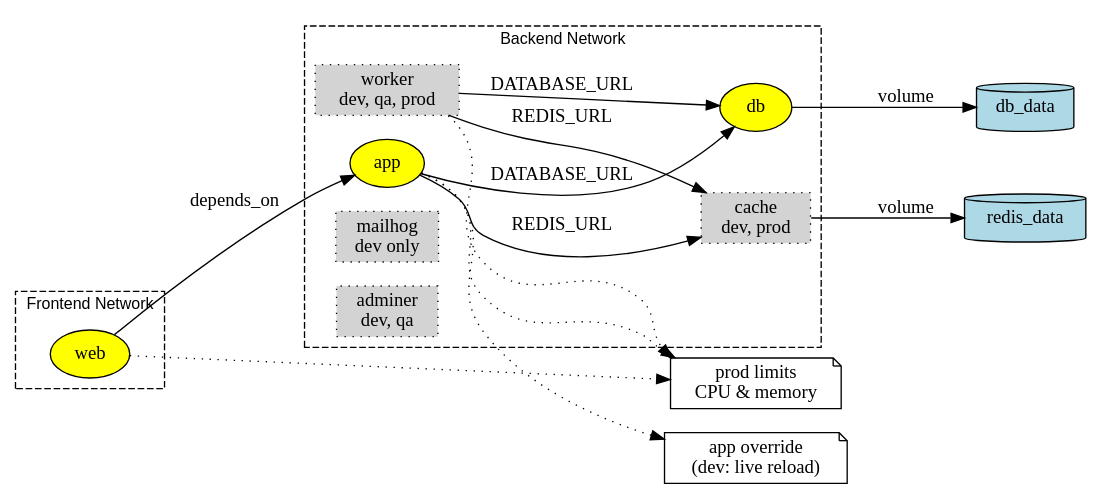
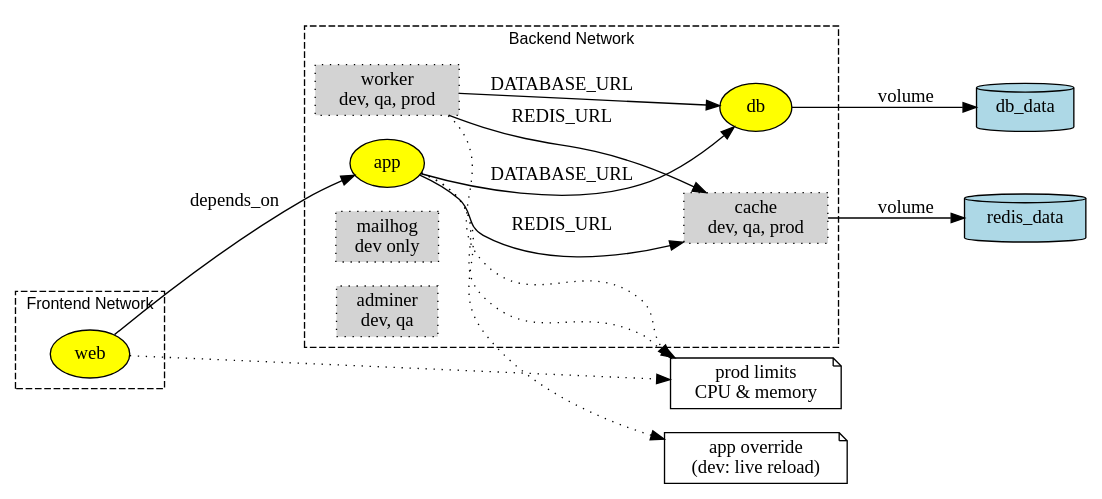
Before and after one commit to purduecyan/CNIT481-CCI: the first of 5 diagrams in docs/source/labs/docker-compose.rst, drawn with Graphviz. The commit also changed other lines of this file, not shown here.

```diff
--- a/docs/source/labs/docker-compose.rst
+++ b/docs/source/labs/docker-compose.rst
@@ -398,55 +521,55 @@
 .. graphviz::
     :caption: Overall Architecture with Profiles
     :align: center
 
     digraph compose_architecture {
       rankdir=LR;
       fontsize=12;
       fontname="Arial";
 
       // Networks
       subgraph cluster_frontend {
         label="Frontend Network";
         style=dashed;
         web [shape=oval, style=filled, fillcolor=yellow];
       }
 
       subgraph cluster_backend {
         label="Backend Network";
         style=dashed;
         app [shape=oval, style=filled, fillcolor=yellow];
         db [shape=oval, style=filled, fillcolor=yellow];
         cache;
         worker;
         mailhog;
         adminer;
       }
 
       // Volumes
       db_data [shape=cylinder, label="db_data", fillcolor=lightblue, style=filled];
       redis_data [shape=cylinder, label="redis_data", fillcolor=lightblue, style=filled];
 
       // Services
       web -> app [label="depends_on"];
       app -> db [label="DATABASE_URL"];
       app -> cache [label="REDIS_URL"];
       worker -> db [label="DATABASE_URL"];
       worker -> cache [label="REDIS_URL"];
       db -> db_data [label="volume"];
       cache -> redis_data [label="volume"];
 
       // Profiles
       mailhog [shape=box, style="filled,dotted", fillcolor=lightgrey, label="mailhog\ndev only"];
       adminer [shape=box, style="filled,dotted", fillcolor=lightgrey, label="adminer\ndev, qa"];
       worker [shape=box, style="filled,dotted", fillcolor=lightgrey, label="worker\ndev, qa, prod"];
-      cache [shape=box, style="filled,dotted", fillcolor=lightgrey, label="cache\ndev, prod"];
+      cache [shape=box, style="filled,dotted", fillcolor=lightgrey, label="cache\ndev, qa, prod"];
 
       // Overrides
       app_override [shape=note, label="app override\n(dev: live reload)"];
       prod_limits [shape=note, label="prod limits\nCPU & memory"];
 
       app -> app_override [style=dotted];
       app -> prod_limits [style=dotted];
       worker -> prod_limits [style=dotted];
       web -> prod_limits [style=dotted];
     }
```
